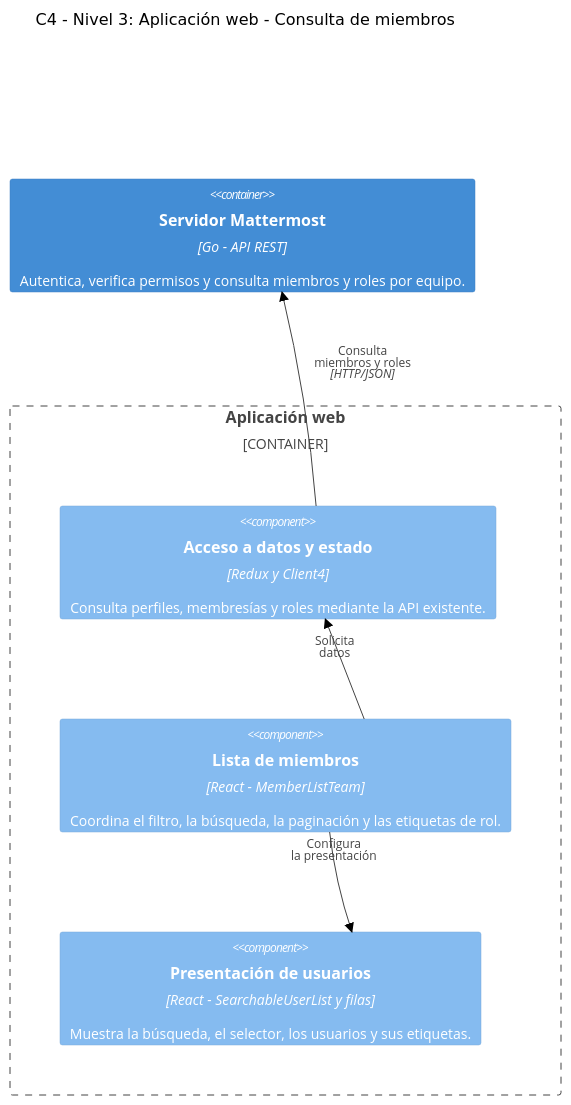
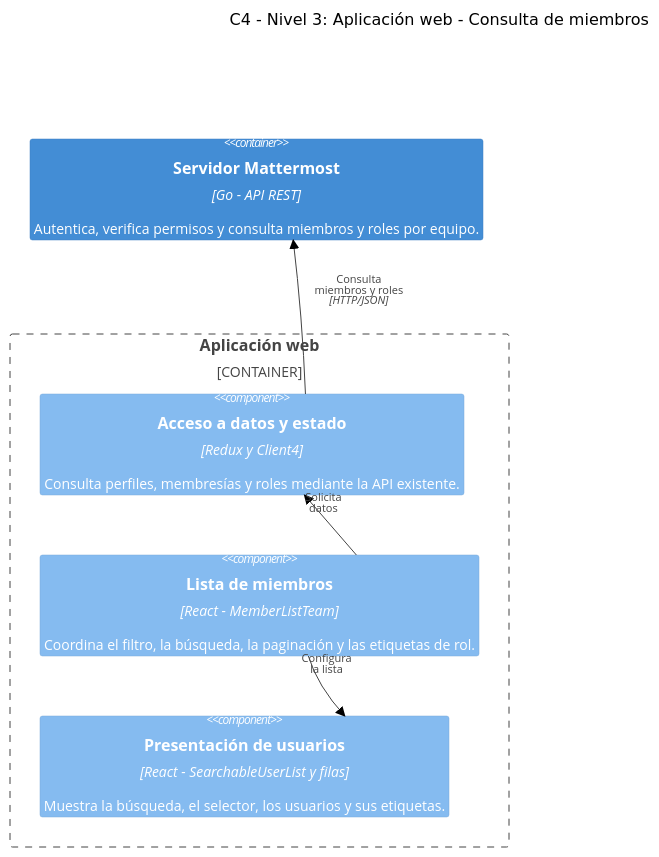
One commit to agvor/mattermost changed the diagram in pswe-07-grupo01/entregable02/arquitectura-c4-componentes.mmd. Above: the diagram before and after it, drawn with Mermaid (neutral theme). The commit also changed 9 other files, not shown here.

```diff
--- a/pswe-07-grupo01/entregable02/arquitectura-c4-componentes.mmd
+++ b/pswe-07-grupo01/entregable02/arquitectura-c4-componentes.mmd
@@ -1,19 +1,20 @@
+%%{init: {"c4": {"width": 150, "c4ShapeMargin": 30, "c4ShapePadding": 8, "diagramMarginX": 10, "diagramMarginY": 10, "messageFontSize": 11}}}%%
 C4Component
     title C4 - Nivel 3: Aplicación web - Consulta de miembros
 
     Container(api, "Servidor Mattermost", "Go - API REST", "Autentica, verifica permisos y consulta miembros y roles por equipo.")
 
     Container_Boundary(web, "Aplicación web") {
         Component(data, "Acceso a datos y estado", "Redux y Client4", "Consulta perfiles, membresías y roles mediante la API existente.")
         Component(list, "Lista de miembros", "React - MemberListTeam", "Coordina el filtro, la búsqueda, la paginación y las etiquetas de rol.")
         Component(view, "Presentación de usuarios", "React - SearchableUserList y filas", "Muestra la búsqueda, el selector, los usuarios y sus etiquetas.")
     }
 
     Rel(list, data, "Solicita<br/>datos")
-    Rel(list, view, "Configura<br/>la presentación")
+    Rel(list, view, "Configura<br/>la lista")
     Rel(data, api, "Consulta<br/>miembros y roles", "HTTP/JSON")
 
-    UpdateRelStyle(list, data, $offsetX="-30", $offsetY="-25")
-    UpdateRelStyle(list, view, $offsetX="-50", $offsetY="-35")
-    UpdateRelStyle(data, api, $offsetX="15", $offsetY="-45")
-    UpdateLayoutConfig($c4ShapeInRow="2", $c4BoundaryInRow="1")
+    UpdateRelStyle(list, data, $offsetX="-25", $offsetY="-25")
+    UpdateRelStyle(list, view, $offsetX="-25", $offsetY="-25")
+    UpdateRelStyle(data, api, $offsetX="15", $offsetY="-35")
+    UpdateLayoutConfig($c4ShapeInRow="3", $c4BoundaryInRow="1")
```
